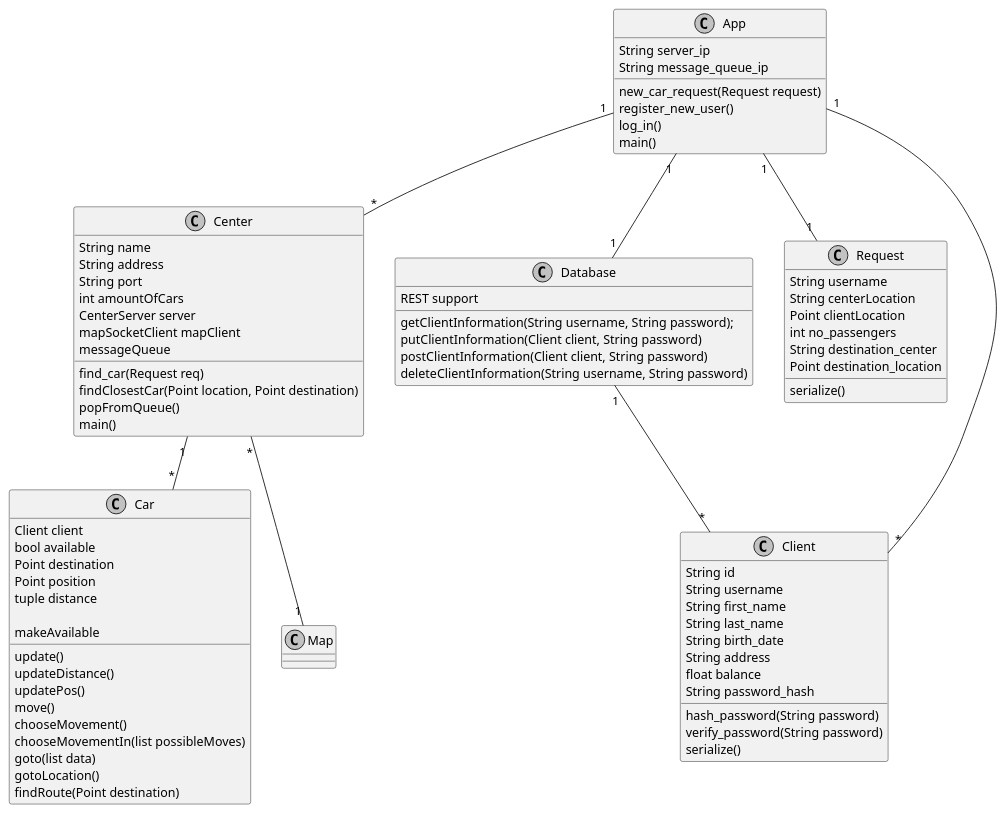
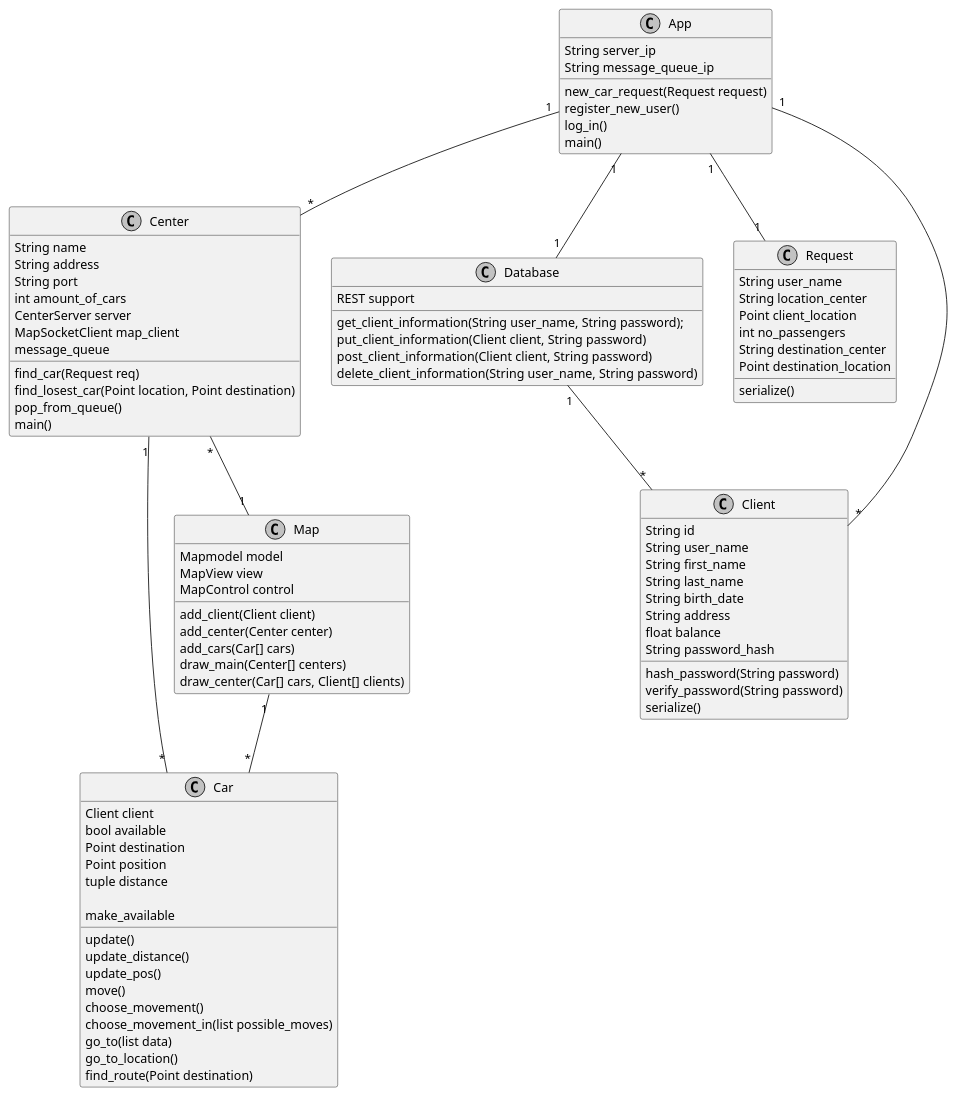
One commit to TwanSchoonen/Networking2018 changed the diagram in Diagrams/classDiagram.org. Above: the diagram before and after it, drawn with PlantUML. The commit also changed 1 other file, not shown here.

Commit message:
class diagram finished

```diff
--- a/Diagrams/classDiagram.org
+++ b/Diagrams/classDiagram.org
@@ -12,15 +12,15 @@
   tuple distance
 
   update()
-  updateDistance()
-  updatePos()
+  update_distance()
+  update_pos()
   move()
-  chooseMovement()
-  chooseMovementIn(list possibleMoves)
-  goto(list data)
-  gotoLocation()
-  makeAvailable
-  findRoute(Point destination)
+  choose_movement()
+  choose_movement_in(list possible_moves)
+  go_to(list data)
+  go_to_location()
+  make_available
+  find_route(Point destination)
 
 }
 
@@ -28,24 +28,24 @@
   String name
   String address
   String port
-  int amountOfCars
+  int amount_of_cars
   CenterServer server
-  mapSocketClient mapClient
-  messageQueue
+  MapSocketClient map_client
+  message_queue
 
   find_car(Request req)
-  findClosestCar(Point location, Point destination)
-  popFromQueue()
+  find_losest_car(Point location, Point destination)
+  pop_from_queue()
   main()
 
 }
 
 class Database {
   REST support
-  getClientInformation(String username, String password);
-  putClientInformation(Client client, String password)
-  postClientInformation(Client client, String password)
-  deleteClientInformation(String username, String password)
+  get_client_information(String user_name, String password);
+  put_client_information(Client client, String password)
+  post_client_information(Client client, String password)
+  delete_client_information(String user_name, String password)
 }
 
 class App {
@@ -59,9 +59,9 @@
 }
 
 class Request {
-  String username
-  String centerLocation
-  Point clientLocation
+  String user_name
+  String location_center
+  Point client_location
   int no_passengers
   String destination_center
   Point destination_location
@@ -72,7 +72,7 @@
 
 class Client {
   String id
-  String username
+  String user_name
   String first_name
   String last_name
   String birth_date
@@ -85,11 +85,24 @@
   serialize()
 }
 
+class Map {
+  Mapmodel model
+  MapView view
+  MapControl control
+
+  add_client(Client client)
+  add_center(Center center)
+  add_cars(Car[] cars)
+  draw_main(Center[] centers)
+  draw_center(Car[] cars, Client[] clients)
+}
+
 App "1" -- "*" Client
 App "1" -- "1" Request
 App "1" -- "*" Center
 Center "1" -- "*" Car
 Center "*" -- "1" Map
+Map "1" -- "*" Car
 App "1" -- "1" Database
 Database "1" -- "*" Client
 
```
